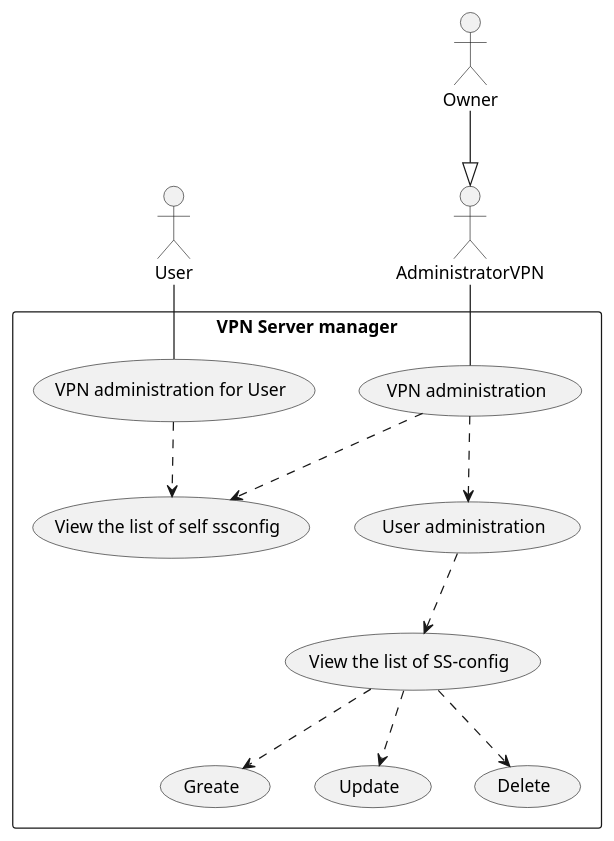
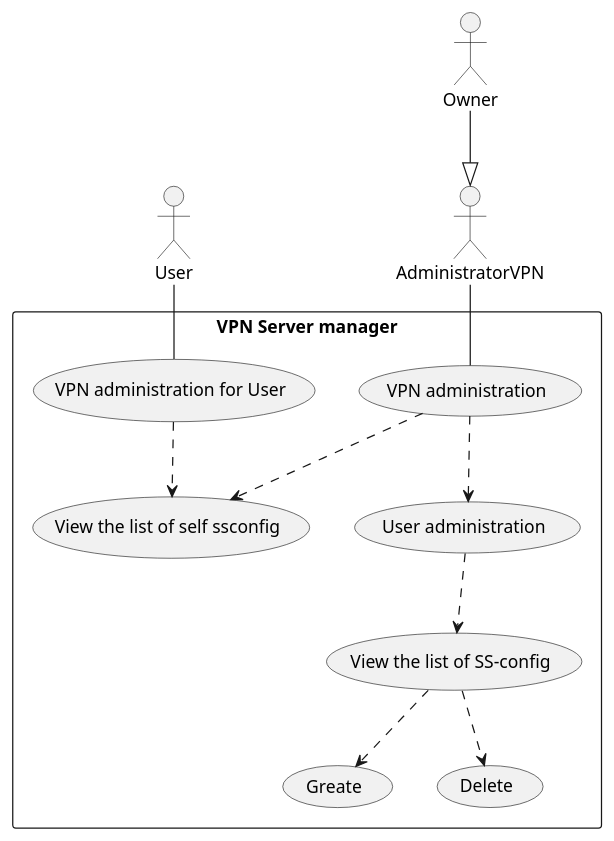
One commit to MaratDevOps/VPNManagerDoc changed the diagram in UserCaseDiagram.plantuml. Above: the diagram before and after it, drawn with PlantUML.

Commit message:
удален Update

```diff
--- a/UserCaseDiagram.plantuml
+++ b/UserCaseDiagram.plantuml
@@ -1,21 +1,20 @@
 @startuml UserCaseMain
 
 actor AdministratorVPN
 actor Owner 
 actor User
 Owner --|> AdministratorVPN
 
 rectangle "VPN Server manager" {  
     AdministratorVPN -- (VPN administration)
     User -- (VPN administration for User)
     (VPN administration) ..> (User administration)
     (VPN administration)..> (View the list of self ssconfig)
     (User administration) ..> (View the list of SS-config)
     (View the list of SS-config) ..> (Greate) 
-    (View the list of SS-config) ..> (Update)
     (View the list of SS-config) ..> (Delete)
    
     (VPN administration for User) ..> (View the list of self ssconfig)
 
 }
 @enduml
```
